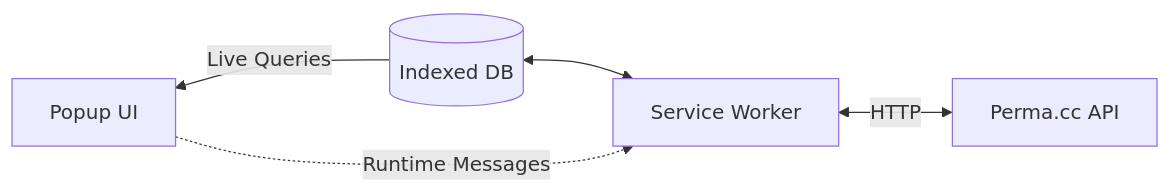
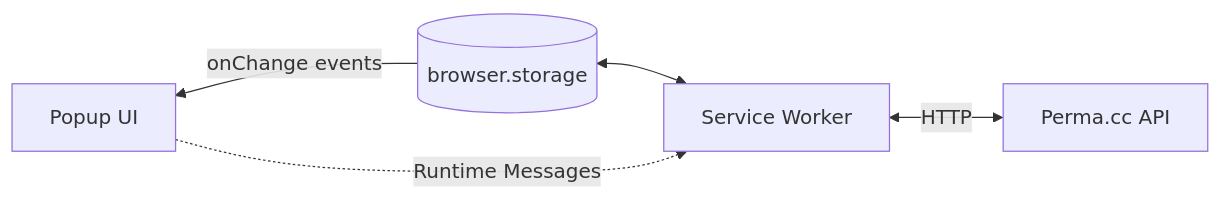
Before and after one commit to harvard-lil/perma-extension: the diagram in README.md, drawn with Mermaid. The commit also changed 16 other files, not shown here.

Commit message:
Progress: IndexedDB -> browser.storage.loca

````diff
--- a/README.md
+++ b/README.md
@@ -17,11 +17,11 @@
 ```mermaid
 flowchart RL
     A[Service Worker]
-    B[(Indexed DB)]
+    B[(browser.storage)]
     C[Popup UI]
     D[Perma.cc API]
     A <--> B 
-    B --> |Live Queries| C
+    B --> |"onChange" events| C
     C -.-> |Runtime Messages| A
     D <--> |HTTP| A 
 ```
````
